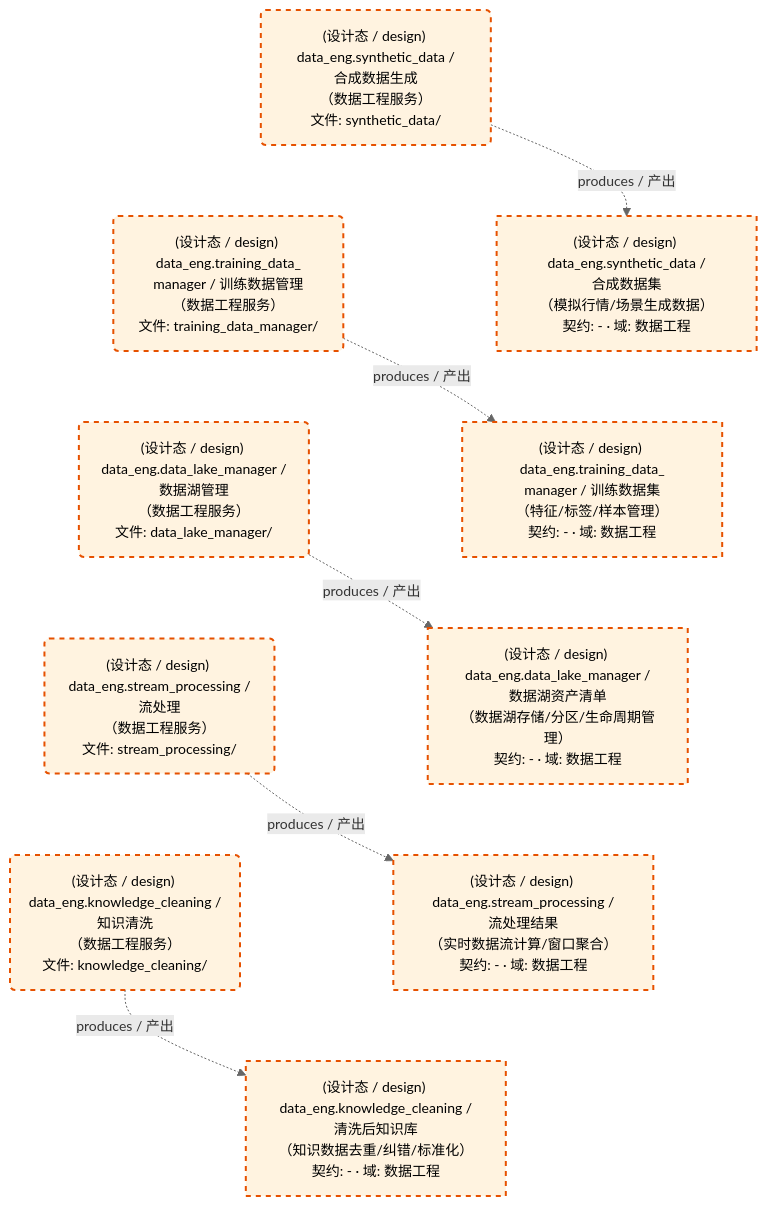
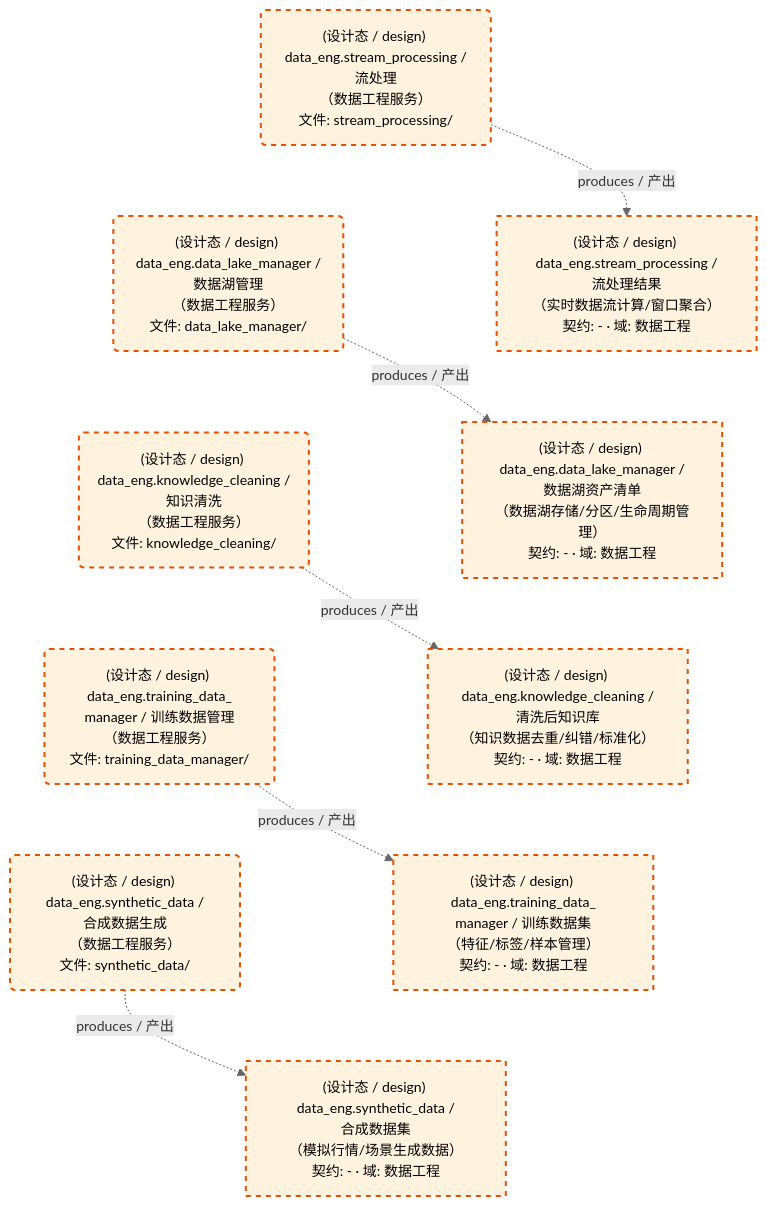
The second of 2 diagrams in docs/02_enterprise_architecture/05_dataflow_architecture/d_data_eng.md (xuanFelixVan/ZephyrAlpha), drawn with Mermaid before and after one commit. The commit also changed other lines of this file and 12 other files, not shown here.

````diff
--- a/docs/02_enterprise_architecture/05_dataflow_architecture/d_data_eng.md
+++ b/docs/02_enterprise_architecture/05_dataflow_architecture/d_data_eng.md
@@ -90,32 +90,32 @@
 ```mermaid
 %%{init: {'theme': 'base', 'themeVariables': {'primaryColor': '#eaeaea', 'primaryTextColor': '#333333', 'primaryBorderColor': '#666666', 'lineColor': '#666666', 'secondaryColor': '#eaeaea', 'tertiaryColor': '#eaeaea', 'clusterBkg': 'transparent', 'clusterBorder': 'transparent', 'fontSize': '14px'}}}%%
 flowchart TD
     DS11258["(设计态 / design) data_eng.data_lake_manager /<br/>数据湖资产清单<br/>（数据湖存储/分区/生命周期管理）<br/>契约: - · 域: 数据工程"]
     DS11259["(设计态 / design) data_eng.knowledge_cleaning /<br/>清洗后知识库<br/>（知识数据去重/纠错/标准化）<br/>契约: - · 域: 数据工程"]
     DS11260["(设计态 / design) data_eng.stream_processing /<br/>流处理结果<br/>（实时数据流计算/窗口聚合）<br/>契约: - · 域: 数据工程"]
     DS11261["(设计态 / design) data_eng.synthetic_data /<br/>合成数据集<br/>（模拟行情/场景生成数据）<br/>契约: - · 域: 数据工程"]
     DS11262["(设计态 / design) data_eng.training_data_<br/>manager / 训练数据集<br/>（特征/标签/样本管理）<br/>契约: - · 域: 数据工程"]
     JOB757622("(设计态 / design) data_eng.data_lake_manager /<br/>数据湖管理<br/>（数据工程服务）<br/>文件: data_lake_manager/")
     JOB757623("(设计态 / design) data_eng.knowledge_cleaning /<br/>知识清洗<br/>（数据工程服务）<br/>文件: knowledge_cleaning/")
     JOB757624("(设计态 / design) data_eng.stream_processing /<br/>流处理<br/>（数据工程服务）<br/>文件: stream_processing/")
     JOB757625("(设计态 / design) data_eng.synthetic_data /<br/>合成数据生成<br/>（数据工程服务）<br/>文件: synthetic_data/")
     JOB757626("(设计态 / design) data_eng.training_data_<br/>manager / 训练数据管理<br/>（数据工程服务）<br/>文件: training_data_manager/")
     JOB757622 -.->|produces / 产出| DS11258
     JOB757623 -.->|produces / 产出| DS11259
     JOB757624 -.->|produces / 产出| DS11260
     JOB757625 -.->|produces / 产出| DS11261
     JOB757626 -.->|produces / 产出| DS11262
-    JOB757625 ~~~ JOB757626
-    JOB757626 ~~~ JOB757622
-    JOB757622 ~~~ JOB757624
-    JOB757624 ~~~ JOB757623
-    DS11261 ~~~ DS11262
-    DS11262 ~~~ DS11258
-    DS11258 ~~~ DS11260
-    DS11260 ~~~ DS11259
+    JOB757624 ~~~ JOB757622
+    JOB757622 ~~~ JOB757623
+    JOB757623 ~~~ JOB757626
+    JOB757626 ~~~ JOB757625
+    DS11260 ~~~ DS11258
+    DS11258 ~~~ DS11259
+    DS11259 ~~~ DS11262
+    DS11262 ~~~ DS11261
     classDef production fill:#e1f5fe,stroke:#01579b,stroke-width:2px,color:#000
     classDef design fill:#fff3e0,stroke:#e65100,stroke-width:2px,color:#000,stroke-dasharray: 5 5
     classDef external_prod fill:#e8f4fd,stroke:#0277bd,stroke-width:1px,color:#000
     classDef external_design fill:#fff8e7,stroke:#ef6c00,stroke-width:1px,color:#000,stroke-dasharray: 5 5
     class DS11258,DS11259,DS11260,DS11261,DS11262,JOB757622,JOB757623,JOB757624,JOB757625,JOB757626 design
 ```
````
